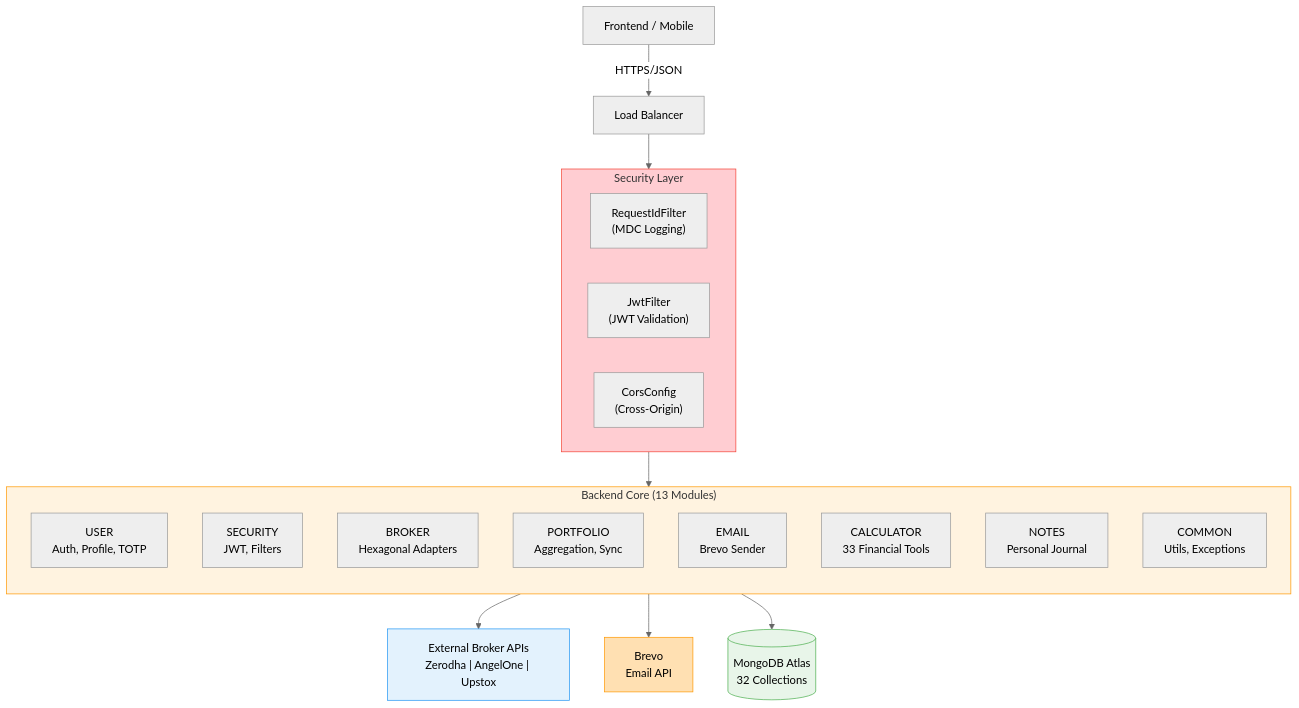
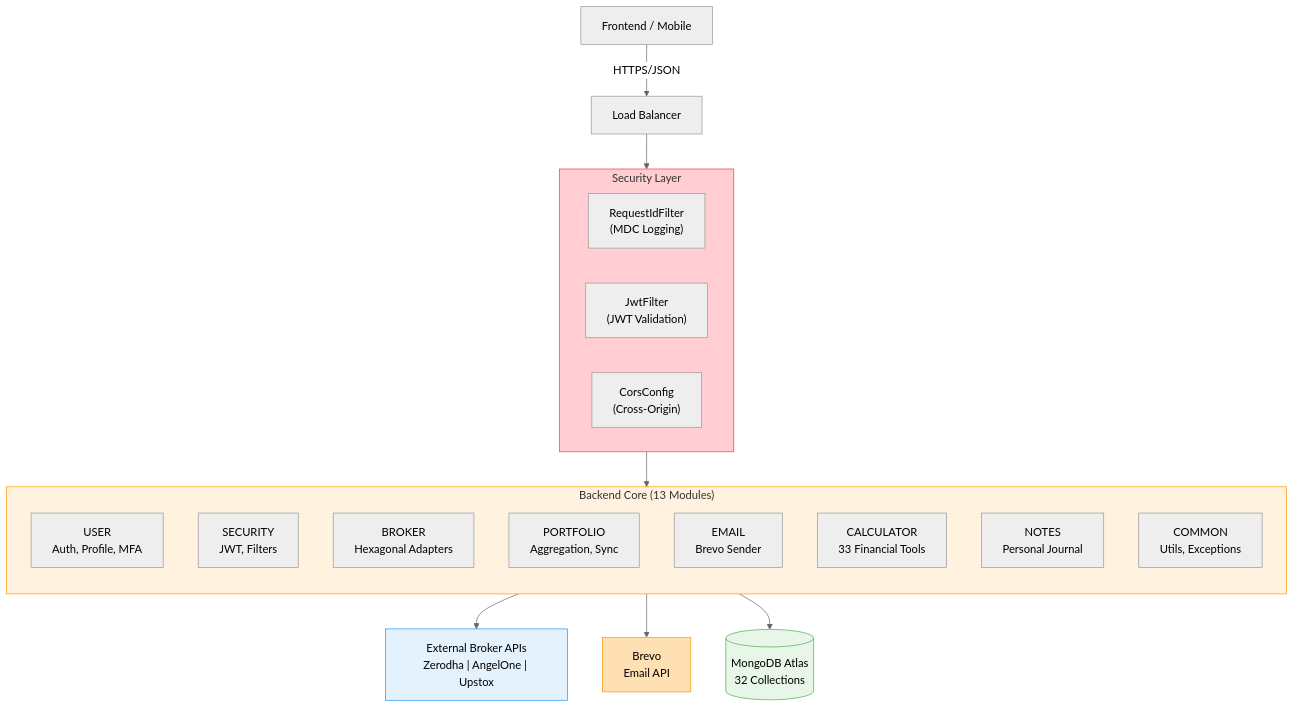
The first of 10 diagrams in backend/README.md (urvagandhi/coinTrack), drawn with Mermaid (neutral theme) before and after one commit. The commit also changed other lines of this file and 76 other files, not shown here.

````diff
--- a/backend/README.md
+++ b/backend/README.md
@@ -91,36 +91,36 @@
 ```mermaid
 graph TB
     FE["Frontend / Mobile"] -->|"HTTPS/JSON"| LB["Load Balancer"]
 
     LB --> SEC
 
     subgraph SEC["Security Layer"]
         RIF["RequestIdFilter<br/>(MDC Logging)"]
         JWF["JwtFilter<br/>(JWT Validation)"]
         CORS["CorsConfig<br/>(Cross-Origin)"]
     end
 
     SEC --> CORE
 
     subgraph CORE["Backend Core (13 Modules)"]
         direction TB
-        USER["USER<br/>Auth, Profile, TOTP"]
+        USER["USER<br/>Auth, Profile, MFA"]
         SECURITY["SECURITY<br/>JWT, Filters"]
         BROKER["BROKER<br/>Hexagonal Adapters"]
         PORTFOLIO["PORTFOLIO<br/>Aggregation, Sync"]
         EMAIL["EMAIL<br/>Brevo Sender"]
         CALCULATOR["CALCULATOR<br/>33 Financial Tools"]
         NOTES["NOTES<br/>Personal Journal"]
         COMMON["COMMON<br/>Utils, Exceptions"]
     end
 
     CORE --> DB[("MongoDB Atlas<br/>32 Collections")]
     BROKER --> APIS["External Broker APIs<br/>Zerodha | AngelOne | Upstox"]
     EMAIL --> BREVO["Brevo<br/>Email API"]
 
     style SEC fill:#ffcdd2,stroke:#F44336
     style CORE fill:#fff3e0,stroke:#FF9800
     style DB fill:#e8f5e9,stroke:#4CAF50
     style APIS fill:#e3f2fd,stroke:#2196F3
     style BREVO fill:#ffe0b2,stroke:#FF9800
 ```
````
